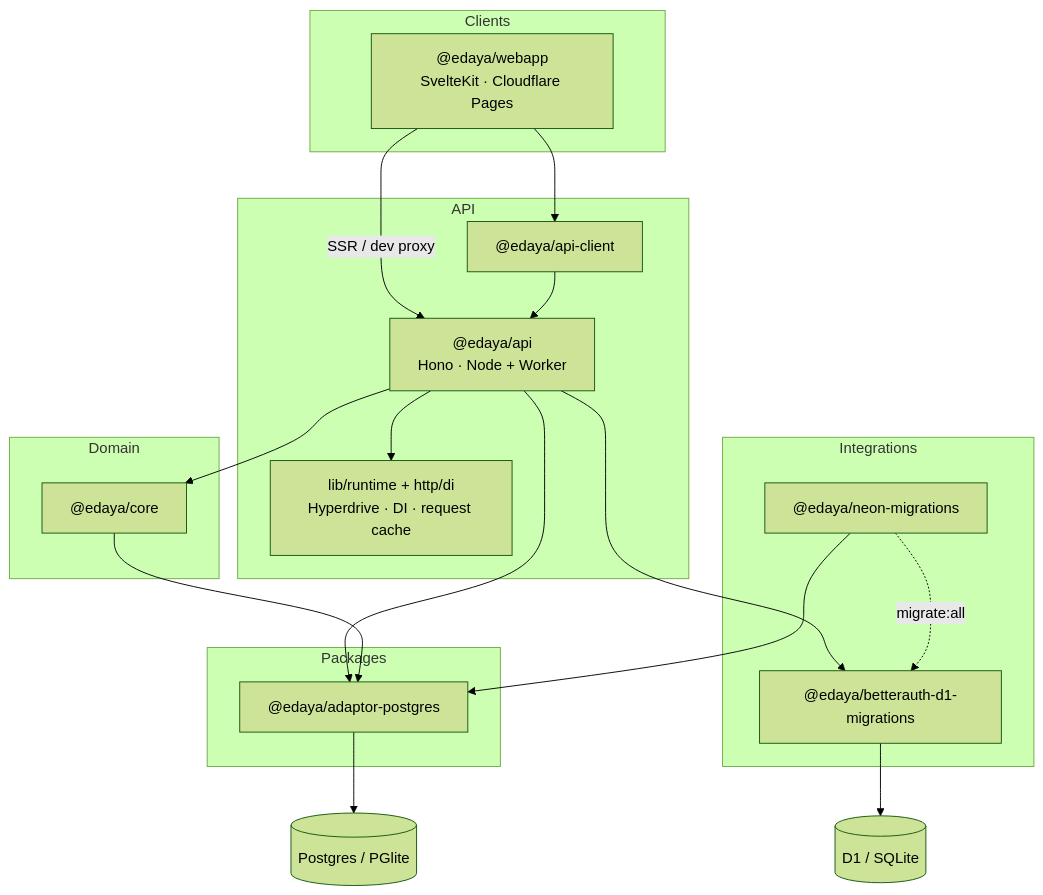
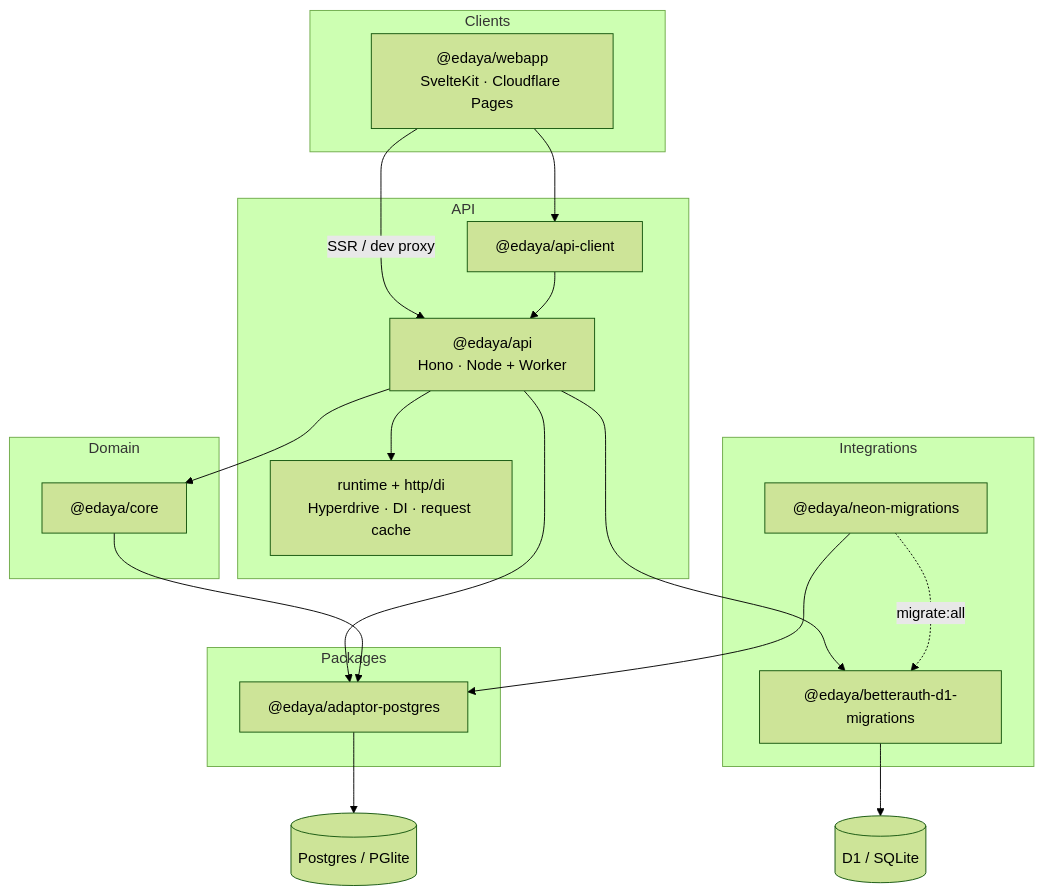
The diagram in README.md (Maya-Invest/edaya_backend), drawn with Mermaid (forest theme) before and after one commit. The commit also changed other lines of this file and 302 other files, not shown here.

````diff
--- a/README.md
+++ b/README.md
@@ -32,38 +33,38 @@
 ```mermaid
 flowchart TB
   subgraph clients["Clients"]
     Webapp["@edaya/webapp<br/>SvelteKit · Cloudflare Pages"]
   end
 
   subgraph api_layer["API"]
     API["@edaya/api<br/>Hono · Node + Worker"]
     Client["@edaya/api-client"]
-    WorkerHost["lib/runtime + http/di<br/>Hyperdrive · DI · request cache"]
+    WorkerHost["runtime + http/di<br/>Hyperdrive · DI · request cache"]
   end
 
   subgraph domain["Domain"]
     Core["@edaya/core"]
   end
 
   subgraph packages["Packages"]
     PG["@edaya/adaptor-postgres"]
   end
 
   subgraph integrations["Integrations"]
     Auth["@edaya/betterauth-d1-migrations"]
     NeonM["@edaya/neon-migrations"]
   end
 
   Webapp --> Client
   Webapp -->|SSR / dev proxy| API
   Client --> API
   API --> WorkerHost
   API --> Core
   API --> PG
   API --> Auth
   Core --> PG
   NeonM --> PG
   NeonM -.->|migrate:all| Auth
   PG --> SchoolDB[(Postgres / PGlite)]
   Auth --> AuthDB[(D1 / SQLite)]
 ```
````
